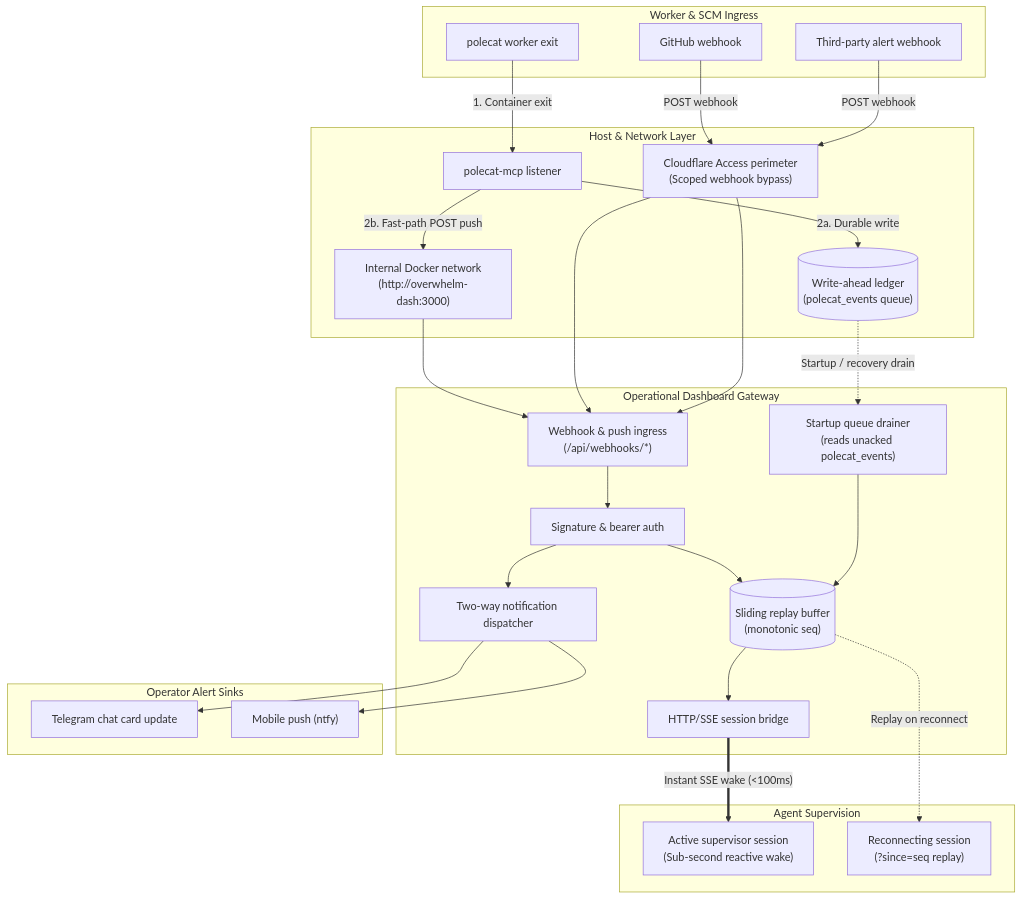
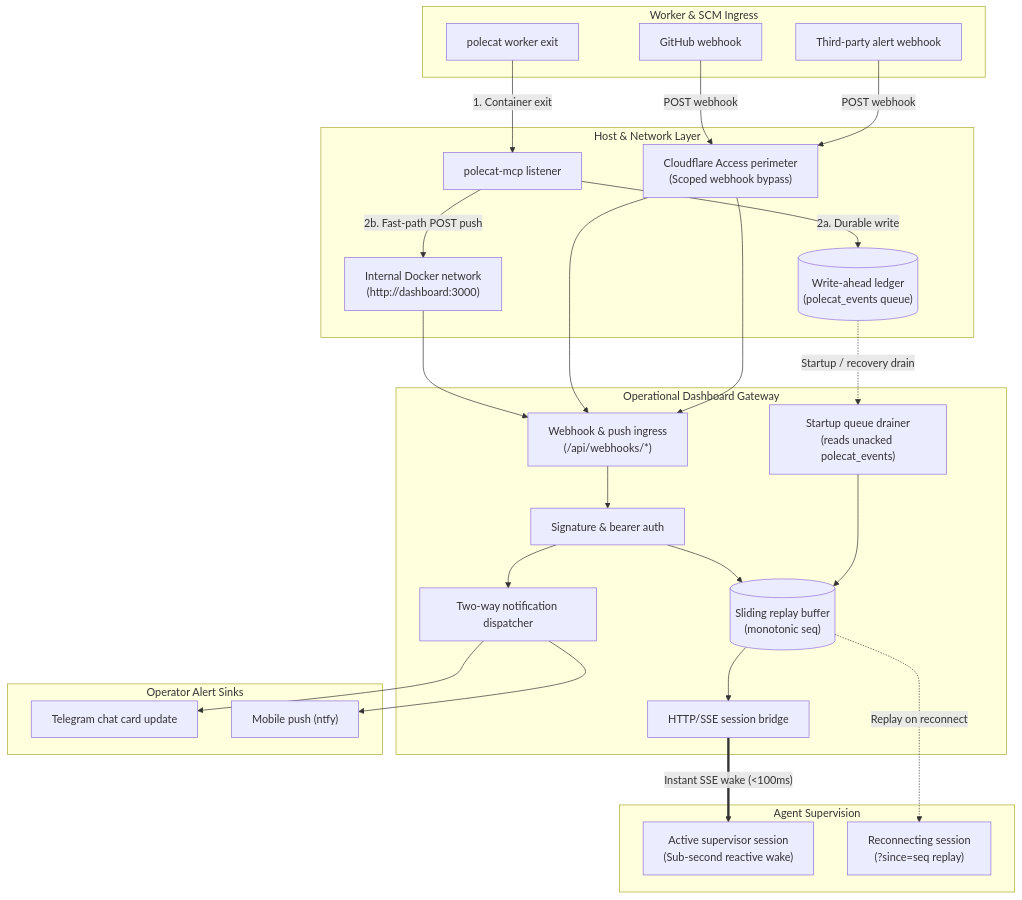
The sixth of 7 diagrams in specs/telegram/mini-app-dashboard-integration.md (nicsuzor/academicOps), drawn with Mermaid before and after one commit. The commit also changed other lines of this file, not shown here.

First line of the commit message:
docs(specs): sanitize hostnames, remove provenance tokens, scope perimeter bypass, and restore Option 6.E diagram edges

````diff
--- a/specs/telegram/mini-app-dashboard-integration.md
+++ b/specs/telegram/mini-app-dashboard-integration.md
@@ -495,49 +498,49 @@
 ```mermaid
 flowchart TD
     subgraph Execution["Worker & SCM Ingress"]
         PW["polecat worker exit"]
         GH["GitHub webhook"]
         EXT["Third-party alert webhook"]
     end
 
     subgraph HostRuntime["Host & Network Layer"]
         MCP["polecat-mcp listener"]
         WAL[("Write-ahead ledger<br/>(polecat_events queue)")]
         CF["Cloudflare Access perimeter<br/>(Scoped webhook bypass)"]
-        INT_NET["Internal Docker network<br/>(http://overwhelm-dash:3000)"]
+        INT_NET["Internal Docker network<br/>(http://dashboard:3000)"]
     end
 
     subgraph DashboardDaemon["Operational Dashboard Gateway"]
         WH_INGRESS["Webhook & push ingress<br/>(/api/webhooks/*)"]
         AUTH_VAL["Signature & bearer auth"]
         REPLAY_BUF[("Sliding replay buffer<br/>(monotonic seq)")]
         DRAIN_DAEMON["Startup queue drainer<br/>(reads unacked polecat_events)"]
         BRIDGE["HTTP/SSE session bridge"]
         OUT_DISP["Two-way notification dispatcher"]
 
         WH_INGRESS --> AUTH_VAL --> REPLAY_BUF --> BRIDGE
         DRAIN_DAEMON --> REPLAY_BUF
         AUTH_VAL --> OUT_DISP
     end
 
     subgraph Sessions["Agent Supervision"]
         ACTIVE["Active supervisor session<br/>(Sub-second reactive wake)"]
         RECONN["Reconnecting session<br/>(?since=seq replay)"]
         BRIDGE ==>|"Instant SSE wake (<100ms)"| ACTIVE
         REPLAY_BUF -.->|"Replay on reconnect"| RECONN
     end
 
     subgraph OperatorChannels["Operator Alert Sinks"]
         TG_CARD["Telegram chat card update"]
         NTFY_PUSH["Mobile push (ntfy)"]
         OUT_DISP --> TG_CARD
         OUT_DISP --> NTFY_PUSH
     end
 
     PW -->|"1. Container exit"| MCP
     MCP -->|"2a. Durable write"| WAL
     MCP -->|"2b. Fast-path POST push"| INT_NET --> WH_INGRESS
     GH -->|"POST webhook"| CF --> WH_INGRESS
     EXT -->|"POST webhook"| CF --> WH_INGRESS
     WAL -.->|"Startup / recovery drain"| DRAIN_DAEMON
 ```
````
